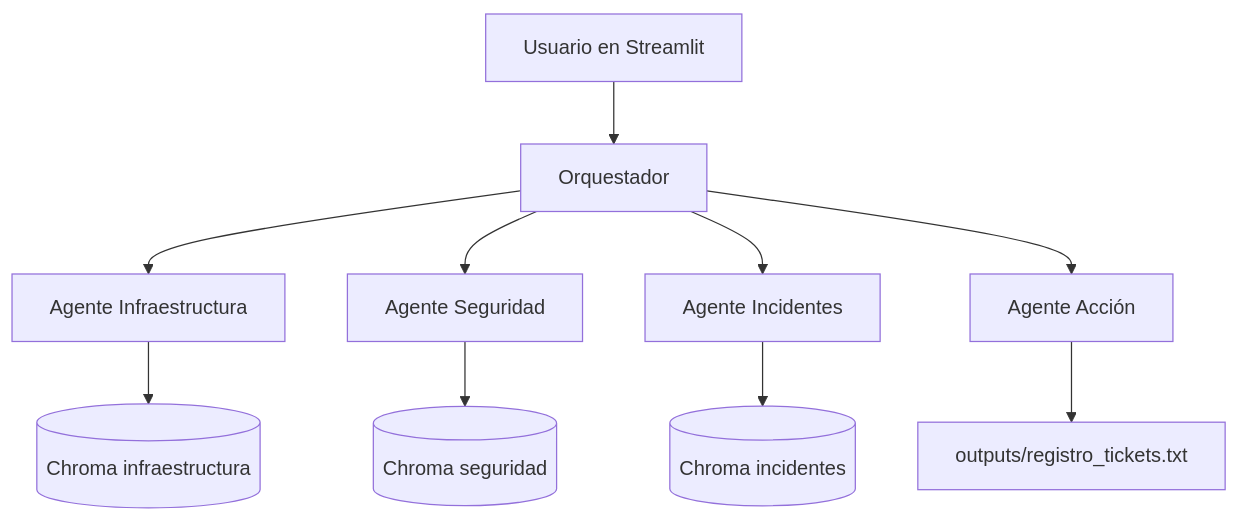
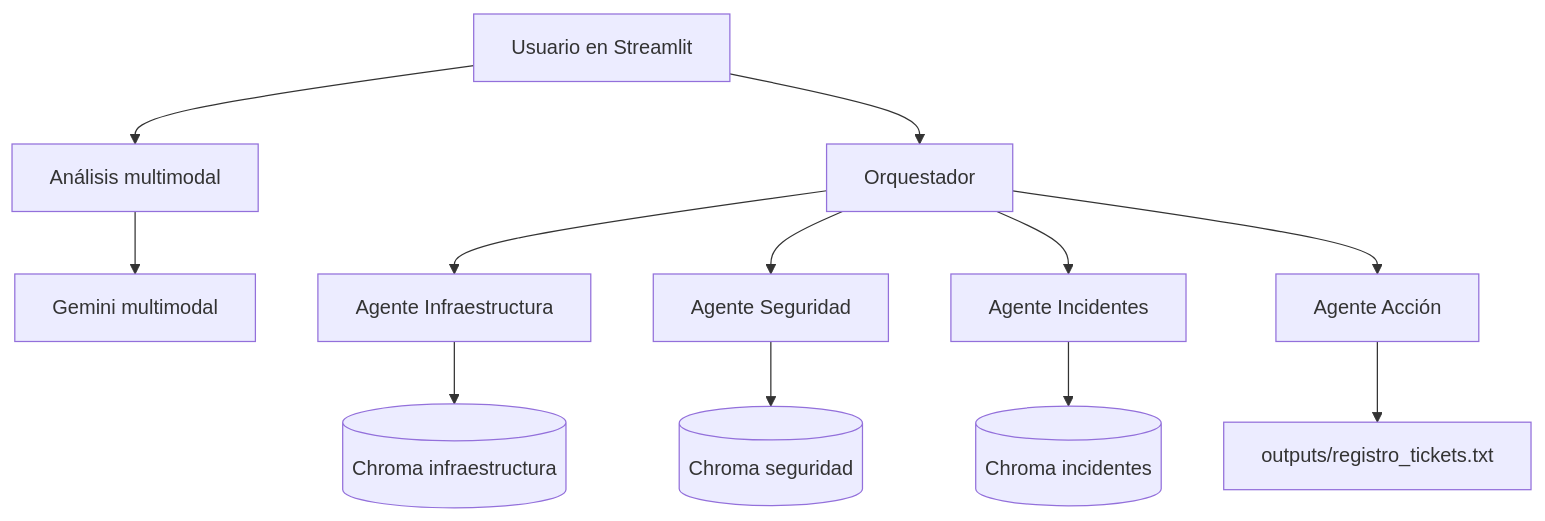
The diagram in README.md (keyferv/Patito-SA), drawn with Mermaid before and after one commit. The commit also changed 1 other file, not shown here.

Commit message:
docs: include multimodal architecture flow

````diff
--- a/README.md
+++ b/README.md
@@ -227,12 +227,14 @@
 ```mermaid
 flowchart TD
     U[Usuario en Streamlit] --> O[Orquestador]
+    U --> M[Análisis multimodal]
+    M --> GM[Gemini multimodal]
     O --> I[Agente Infraestructura]
     O --> S[Agente Seguridad]
     O --> G[Agente Incidentes]
     O --> A[Agente Acción]
     I --> VI[(Chroma infraestructura)]
     S --> VS[(Chroma seguridad)]
     G --> VG[(Chroma incidentes)]
     A --> T[outputs/registro_tickets.txt]
 ```
````
